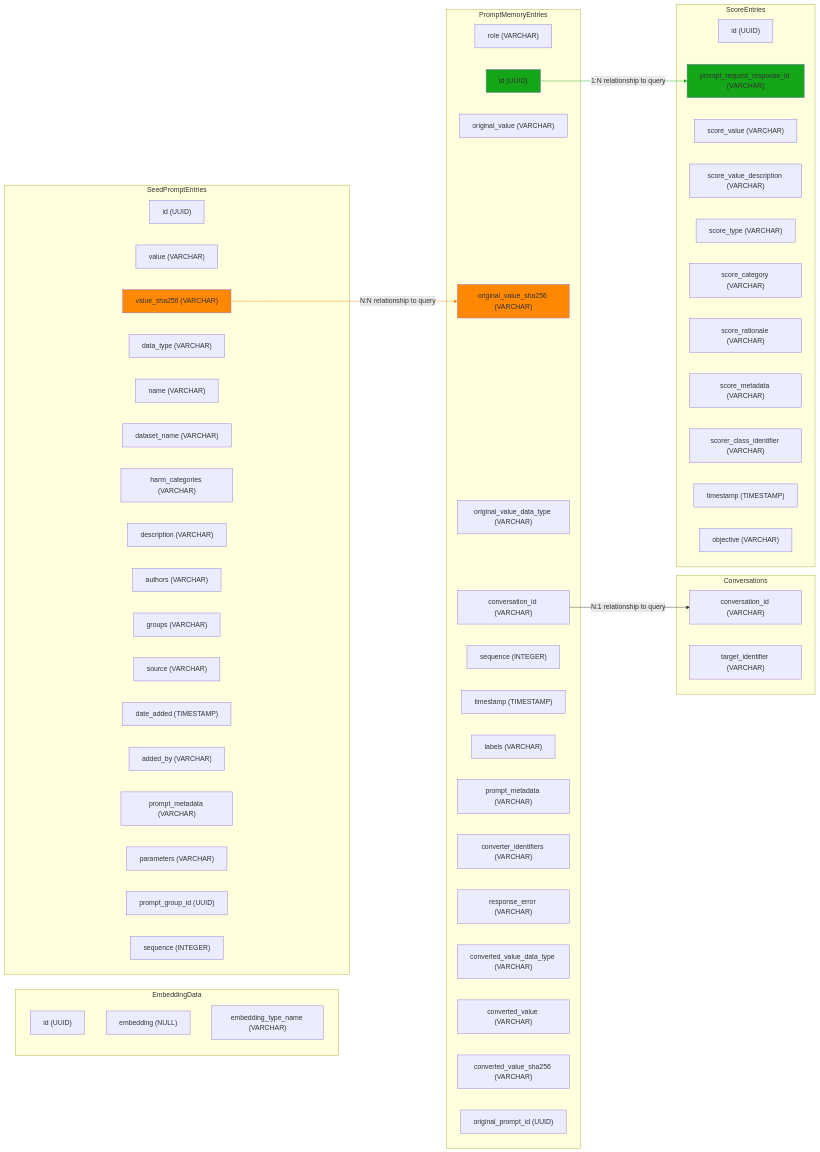
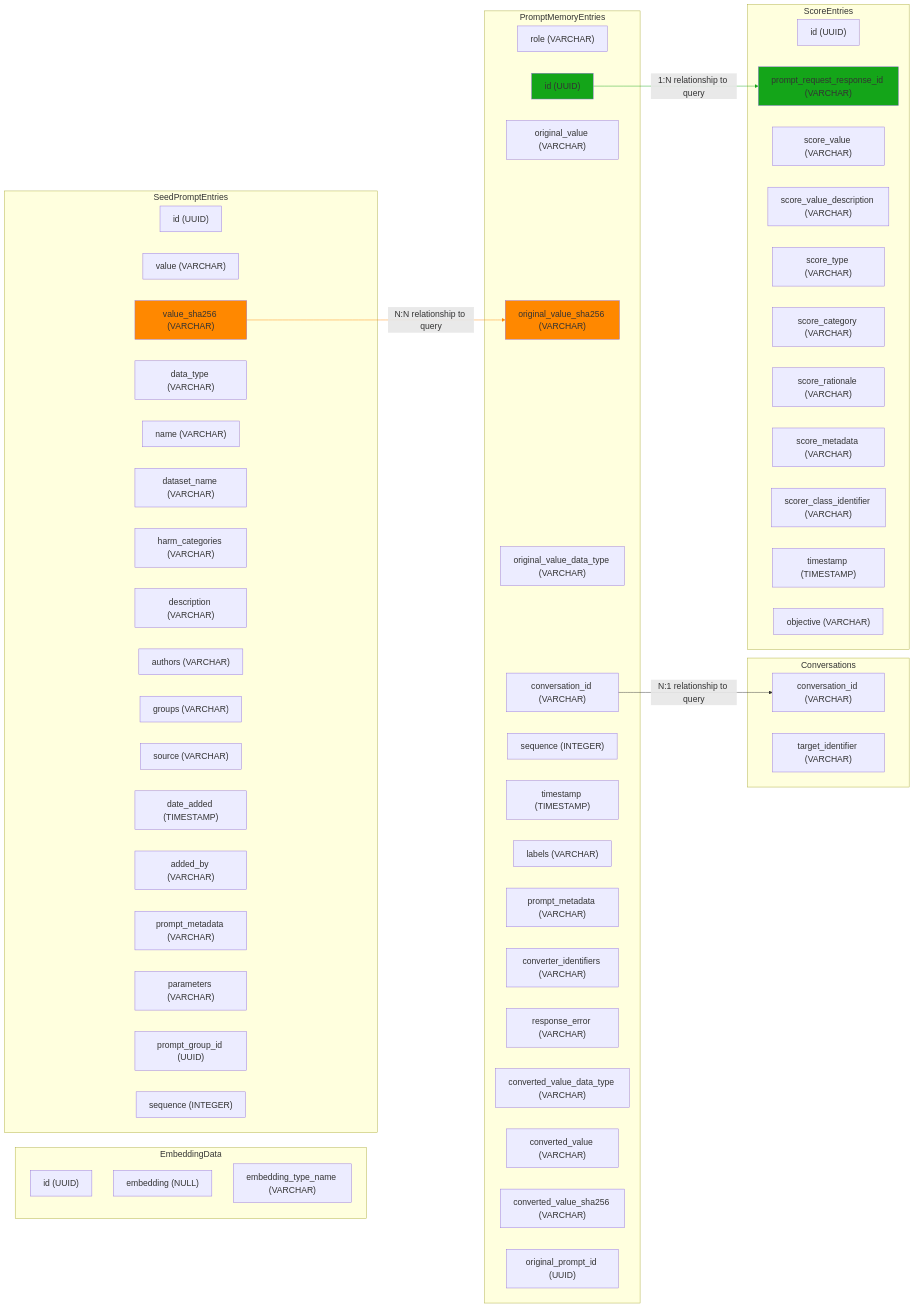
The diagram in doc/code/memory/9_schema_diagram.md (microsoft/PyRIT), drawn with Mermaid before and after one commit. The commit also changed other lines of this file and 12 other files, not shown here.

First line of the commit message:
docs: expand undersized Mermaid diagrams

````diff
--- a/doc/code/memory/9_schema_diagram.md
+++ b/doc/code/memory/9_schema_diagram.md
@@ -5,72 +8,73 @@
 ```{mermaid}
+%%{init: {"themeVariables": {"fontSize": "20px"}}}%%
 flowchart LR
  subgraph EmbeddingData["EmbeddingData"]
         E_id["id (UUID)"]
         E_embedding["embedding (NULL)"]
         E_embedding_type_name["embedding_type_name (VARCHAR)"]
   end
  subgraph SeedPromptEntries["SeedPromptEntries"]
         S_id["id (UUID)"]
         S_value["value (VARCHAR)"]
         S_value_sha256["value_sha256 (VARCHAR)"]
         S_data_type["data_type (VARCHAR)"]
         S_name["name (VARCHAR)"]
         S_dataset_name["dataset_name (VARCHAR)"]
         S_harm_categories["harm_categories (VARCHAR)"]
         S_description["description (VARCHAR)"]
         S_authors["authors (VARCHAR)"]
         S_groups["groups (VARCHAR)"]
         S_source["source (VARCHAR)"]
         S_date_added["date_added (TIMESTAMP)"]
         S_added_by["added_by (VARCHAR)"]
         S_prompt_metadata["prompt_metadata (VARCHAR)"]
         S_parameters["parameters (VARCHAR)"]
         S_prompt_group_id["prompt_group_id (UUID)"]
         S_sequence["sequence (INTEGER)"]
   end
  subgraph PromptMemoryEntries["PromptMemoryEntries"]
         P_role["role (VARCHAR)"]
         P_id["id (UUID)"]
         P_original_value["original_value (VARCHAR)"]
         P_original_value_sha256["original_value_sha256 (VARCHAR)"]
         P_original_value_data_type["original_value_data_type (VARCHAR)"]
         P_conversation_id["conversation_id (VARCHAR)"]
         P_sequence["sequence (INTEGER)"]
         P_timestamp["timestamp (TIMESTAMP)"]
         P_labels["labels (VARCHAR)"]
         P_prompt_metadata["prompt_metadata (VARCHAR)"]
         P_converter_identifiers["converter_identifiers (VARCHAR)"]
         P_response_error["response_error (VARCHAR)"]
         P_converted_value_data_type["converted_value_data_type (VARCHAR)"]
         P_converted_value["converted_value (VARCHAR)"]
         P_converted_value_sha256["converted_value_sha256 (VARCHAR)"]
         P_original_prompt_id["original_prompt_id (UUID)"]
   end
  subgraph Conversations["Conversations"]
         C_conversation_id["conversation_id (VARCHAR)"]
         C_target_identifier["target_identifier (VARCHAR)"]
   end
  subgraph ScoreEntries["ScoreEntries"]
         Sc_id["id (UUID)"]
         Sc_prompt_request_response_id["prompt_request_response_id (VARCHAR)"]
         Sc_score_value["score_value (VARCHAR)"]
         Sc_score_value_description["score_value_description (VARCHAR)"]
         Sc_score_type["score_type (VARCHAR)"]
         Sc_score_category["score_category (VARCHAR)"]
         Sc_score_rationale["score_rationale (VARCHAR)"]
         Sc_score_metadata["score_metadata (VARCHAR)"]
         Sc_scorer_class_identifier["scorer_class_identifier (VARCHAR)"]
         Sc_timestamp["timestamp (TIMESTAMP)"]
         Sc_objective["objective (VARCHAR)"]
   end
     S_value_sha256 -- N:N relationship to query --> P_original_value_sha256
     P_id -- 1:N relationship to query --> Sc_prompt_request_response_id
     P_conversation_id -- N:1 relationship to query --> C_conversation_id
 
     style S_value_sha256 fill:#ff8800ff
     style P_id fill:#14a519ff
     style P_original_value_sha256 fill:#ff8800ff
     style Sc_prompt_request_response_id fill:#14a519ff
     linkStyle 0 stroke:#ff8800ff,fill:none
     linkStyle 1 stroke:#14a519ff
 ```
````
